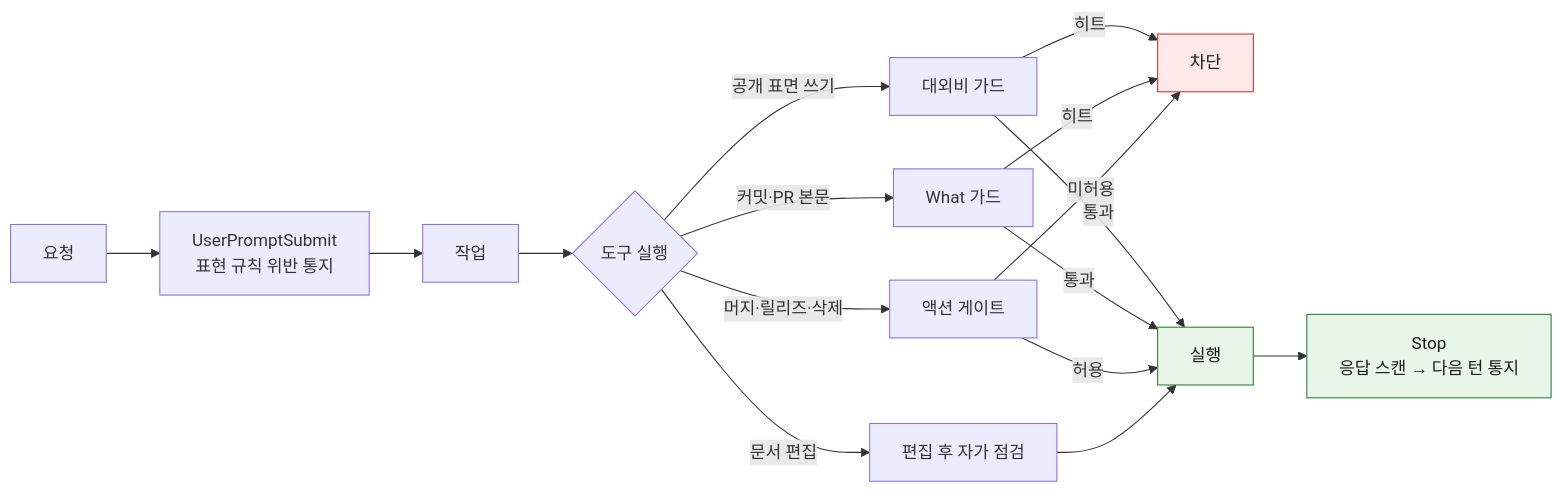
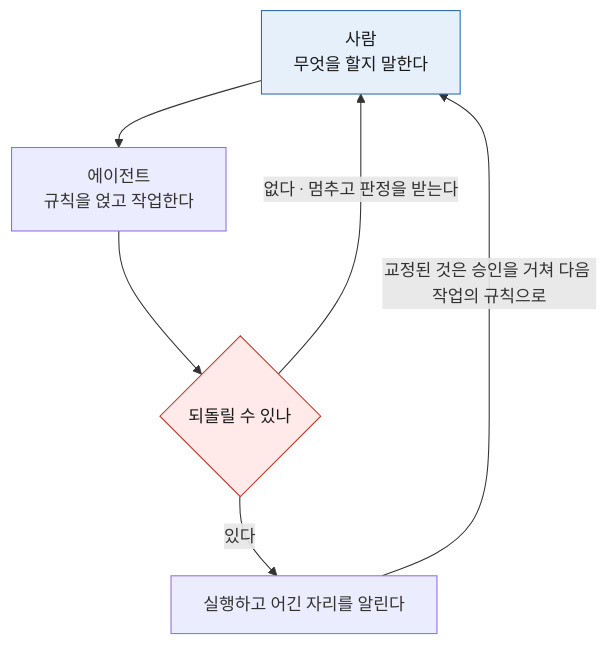
One commit to idean3885/claude-devex changed the first of 3 diagrams in README.md. Above: the diagram before and after it, drawn with Mermaid. The commit also changed other lines of this file and 7 other files, not shown here.

````diff
--- a/README.md
+++ b/README.md
@@ -97,23 +17,13 @@
 ```mermaid
-flowchart LR
-  U["요청"] --> P["UserPromptSubmit<br/>표현 규칙 위반 통지"]
-  P --> W["작업"]
-  W --> T{"도구 실행"}
-  T -->|"공개 표면 쓰기"| C["대외비 가드"]
-  T -->|"커밋·PR 본문"| H["What 가드"]
-  T -->|"머지·릴리즈·삭제"| A["액션 게이트"]
-  T -->|"문서 편집"| E["편집 후 자가 점검"]
-  C -->|히트| X["차단"]
-  H -->|히트| X
-  A -->|미허용| X
-  C -->|통과| OK["실행"]
-  H -->|통과| OK
-  A -->|허용| OK
-  E --> OK
-  OK --> S["Stop<br/>응답 스캔 → 다음 턴 통지"]
+flowchart TD
+  A["사람<br/>무엇을 할지 말한다"] --> B["에이전트<br/>규칙을 얹고 작업한다"]
+  B --> C{"되돌릴 수 있나"}
+  C -->|"없다 · 멈추고 판정을 받는다"| A
+  C -->|"있다"| D["실행하고 어긴 자리를 알린다"]
+  D -->|"교정된 것은 승인을 거쳐 다음 작업의 규칙으로"| A
 
-  classDef block fill:#ffe9e9,stroke:#c0392b,color:#1a1a1a
-  classDef pass fill:#e8f5e9,stroke:#2e7d32,color:#1a1a1a
-  class X block
-  class OK,S pass
+  classDef human fill:#e6f0fb,stroke:#2b6cb0,color:#1a1a1a
+  classDef stop fill:#ffe9e9,stroke:#c0392b,color:#1a1a1a
+  class A human
+  class C stop
 ```
````
